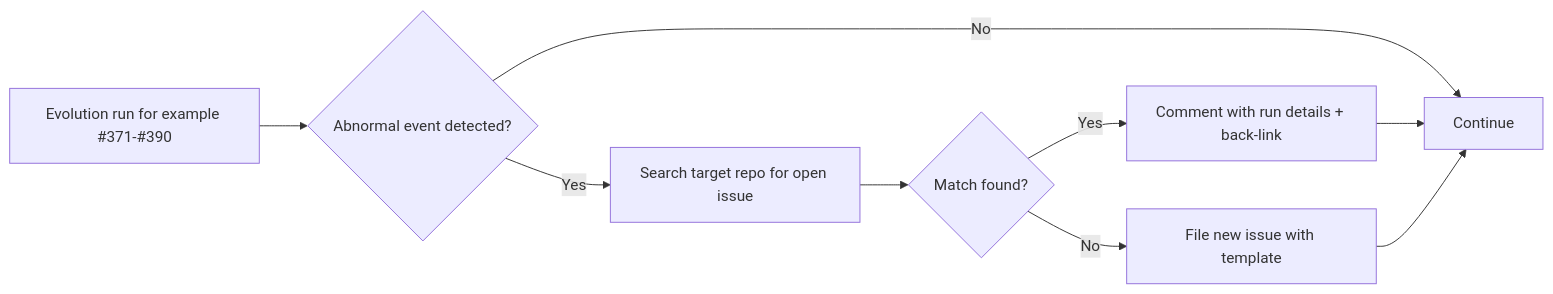
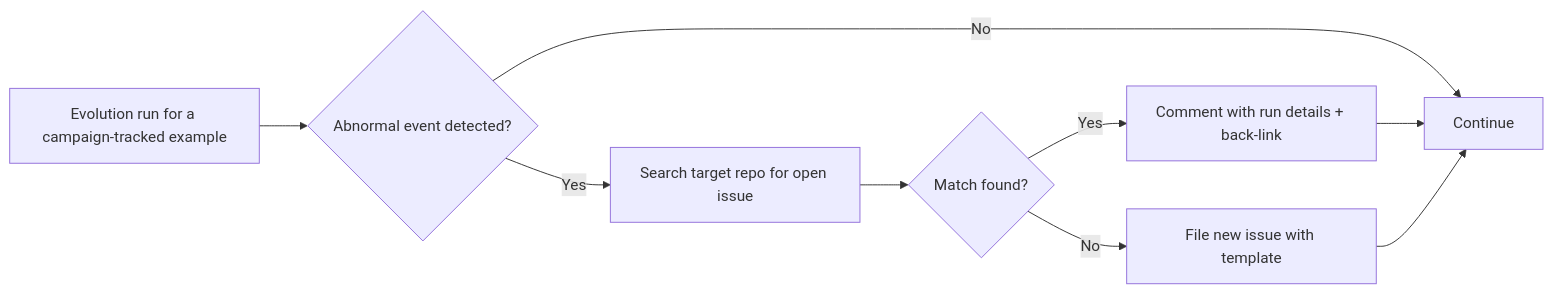
One commit to stSoftwareAU/NEAT-AI-Examples changed the diagram in docs/monitoring-neat-ai.md. Above: the diagram before and after it, drawn with Mermaid. The commit also changed other lines of this file and 4 other files, not shown here.

````diff
--- a/docs/monitoring-neat-ai.md
+++ b/docs/monitoring-neat-ai.md
@@ -120,11 +124,11 @@
 ```mermaid
 flowchart LR
-    A[Evolution run for example #371-#390] --> B{Abnormal event detected?}
+    A[Evolution run for a campaign-tracked example] --> B{Abnormal event detected?}
     B -- No --> Z[Continue]
     B -- Yes --> C[Search target repo for open issue]
     C --> D{Match found?}
     D -- Yes --> E[Comment with run details + back-link]
     D -- No --> F[File new issue with template]
     E --> Z
     F --> Z
 ```
````
